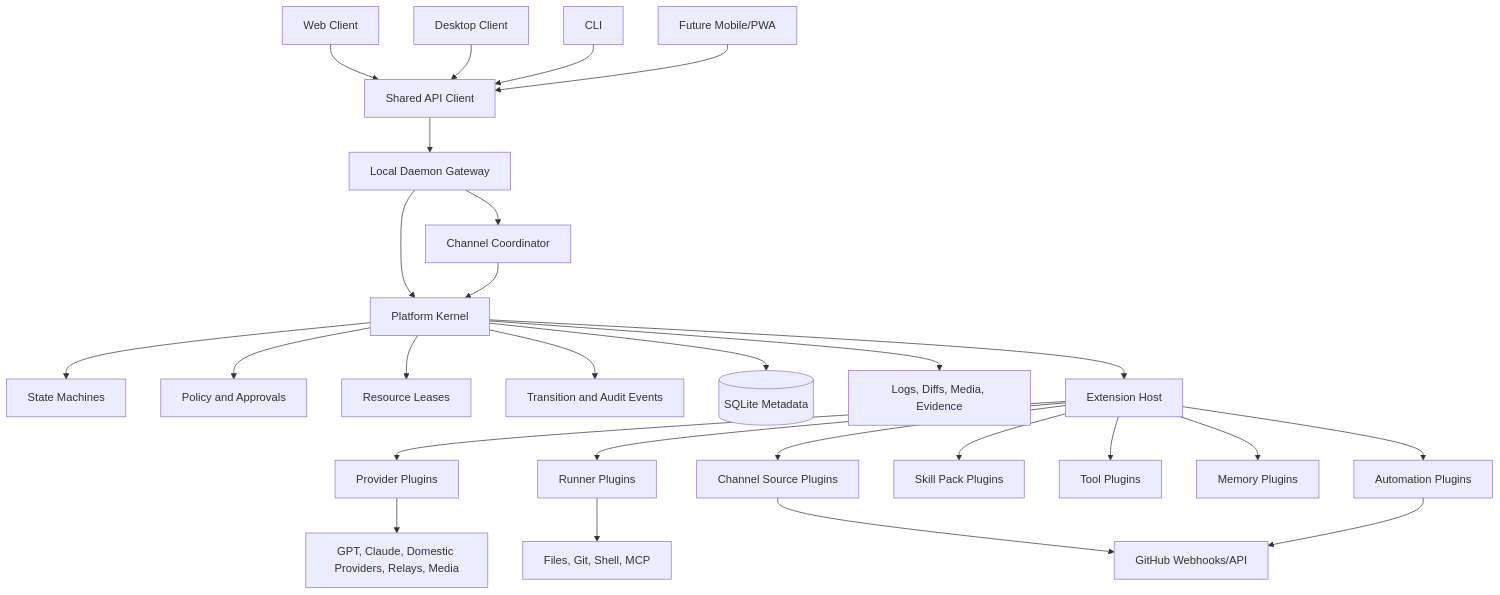
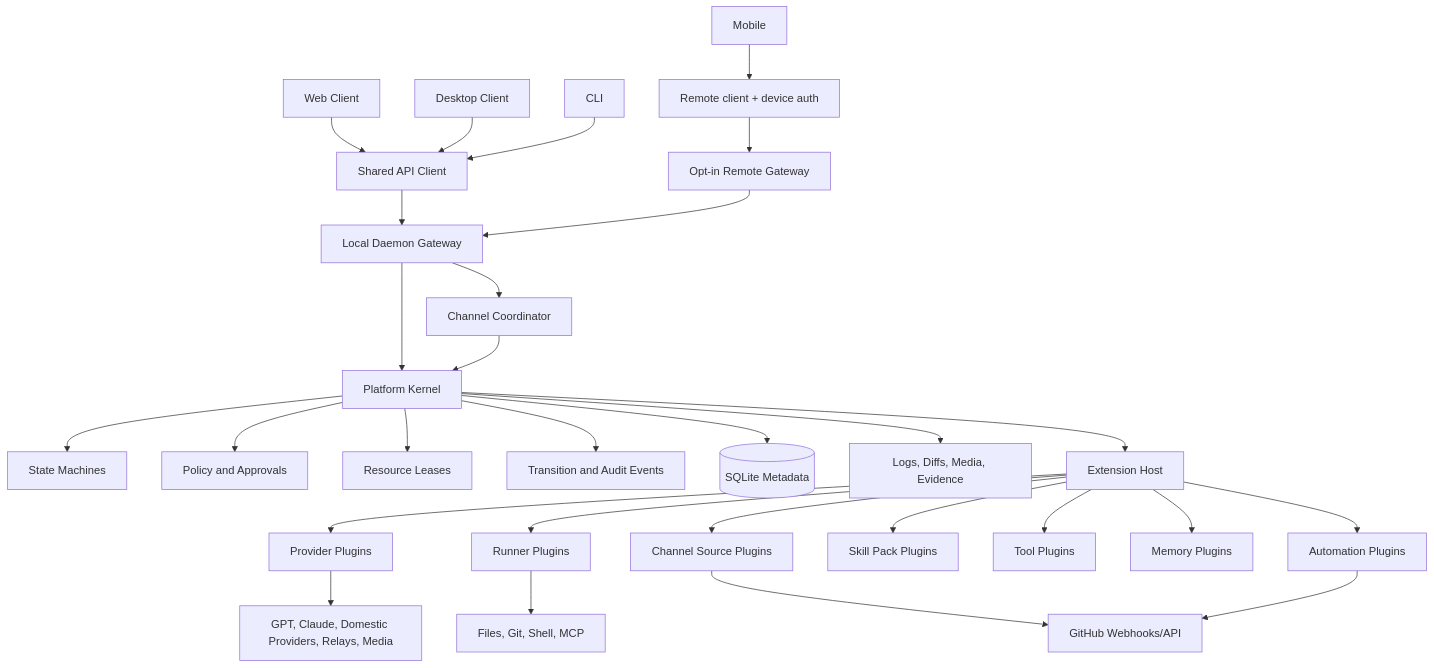
One commit to ling-stack-org/ling-stack changed the diagram in docs/design/platform-architecture.md. Above: the diagram before and after it, drawn with Mermaid. The commit also changed other lines of this file and 6 other files, not shown here.

Commit message:
docs: design mobile remote access

````diff
--- a/docs/design/platform-architecture.md
+++ b/docs/design/platform-architecture.md
@@ -128,33 +142,35 @@
 ```mermaid
 flowchart TD
   Web["Web Client"] --> ApiClient["Shared API Client"]
   Desktop["Desktop Client"] --> ApiClient
   CLI["CLI"] --> ApiClient
-  Mobile["Future Mobile/PWA"] --> ApiClient
+  Mobile["Mobile"] --> RemoteClient["Remote client + device auth"]
 
   ApiClient --> Daemon["Local Daemon Gateway"]
+  RemoteClient --> RemoteGateway["Opt-in Remote Gateway"]
+  RemoteGateway --> Daemon
   Daemon --> Coordinator["Channel Coordinator"]
   Daemon --> Kernel["Platform Kernel"]
 
   Coordinator --> Kernel
   Kernel --> State["State Machines"]
   Kernel --> Policy["Policy and Approvals"]
   Kernel --> Leases["Resource Leases"]
   Kernel --> Audit["Transition and Audit Events"]
   Kernel --> Store[("SQLite Metadata")]
   Kernel --> Artifacts["Logs, Diffs, Media, Evidence"]
 
   Kernel --> ExtensionHost["Extension Host"]
   ExtensionHost --> ProviderPlugins["Provider Plugins"]
   ExtensionHost --> RunnerPlugins["Runner Plugins"]
   ExtensionHost --> ChannelPlugins["Channel Source Plugins"]
   ExtensionHost --> SkillPlugins["Skill Pack Plugins"]
   ExtensionHost --> ToolPlugins["Tool Plugins"]
   ExtensionHost --> MemoryPlugins["Memory Plugins"]
   ExtensionHost --> AutomationPlugins["Automation Plugins"]
 
   ChannelPlugins --> GitHub["GitHub Webhooks/API"]
   AutomationPlugins --> GitHub
   RunnerPlugins --> Tools["Files, Git, Shell, MCP"]
   ProviderPlugins --> Models["GPT, Claude, Domestic Providers, Relays, Media"]
 ```
````
